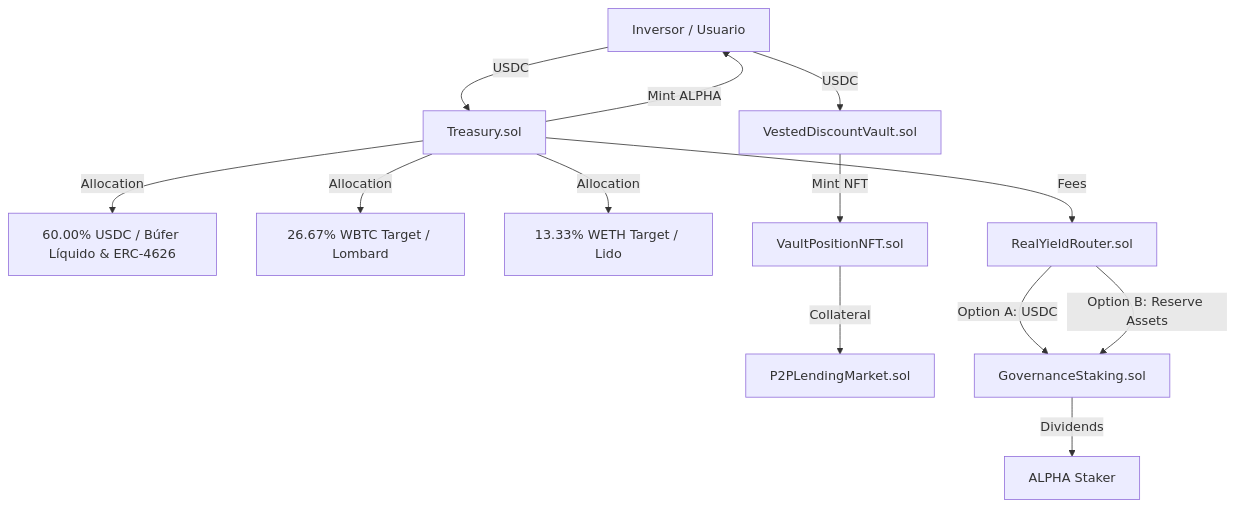
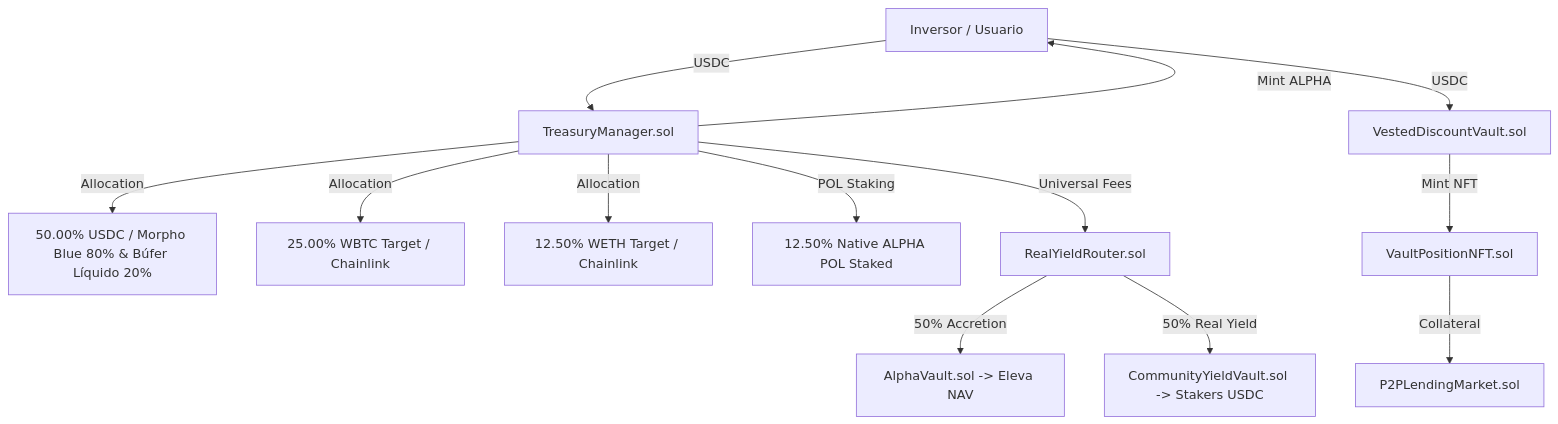
One commit to JaviMartin92/token changed the diagram in docs/WHITE_PAPER.md. Above: the diagram before and after it, drawn with Mermaid. The commit also changed other lines of this file and 239 other files, not shown here.

````diff
--- a/docs/WHITE_PAPER.md
+++ b/docs/WHITE_PAPER.md
@@ -16,17 +20,17 @@
 ```mermaid
 graph TD
-    User[Inversor / Usuario] -->|USDC| Treasury[Treasury.sol]
+    User[Inversor / Usuario] -->|USDC| Treasury[TreasuryManager.sol]
     Treasury -->|Mint ALPHA| User
-    Treasury -->|Allocation| Stables[60.00% USDC / Búfer Líquido & ERC-4626]
-    Treasury -->|Allocation| WBTC[26.67% WBTC Target / Lombard]
-    Treasury -->|Allocation| WETH[13.33% WETH Target / Lido]
+    Treasury -->|Allocation| Stables[50.00% USDC / Morpho Blue 80% & Búfer Líquido 20%]
+    Treasury -->|Allocation| WBTC[25.00% WBTC Target / Chainlink]
+    Treasury -->|Allocation| WETH[12.50% WETH Target / Chainlink]
+    Treasury -->|POL Staking| StakedAlpha[12.50% Native ALPHA POL Staked]
     
     User -->|USDC| VestedVault[VestedDiscountVault.sol]
     VestedVault -->|Mint NFT| NFT[VaultPositionNFT.sol]
     NFT -->|Collateral| P2P[P2PLendingMarket.sol]
     
-    Treasury -->|Fees| YieldRouter[RealYieldRouter.sol]
-    YieldRouter -->|Option A: USDC| GovStaking[GovernanceStaking.sol]
-    YieldRouter -->|Option B: Reserve Assets| GovStaking
-    GovStaking -->|Dividends| Staker[ALPHA Staker]
+    Treasury -->|Universal Fees| YieldRouter[RealYieldRouter.sol]
+    YieldRouter -->|50% Accretion| Vault[AlphaVault.sol -> Eleva NAV]
+    YieldRouter -->|50% Real Yield| CommunityVault[CommunityYieldVault.sol -> Stakers USDC]
 ```
````
